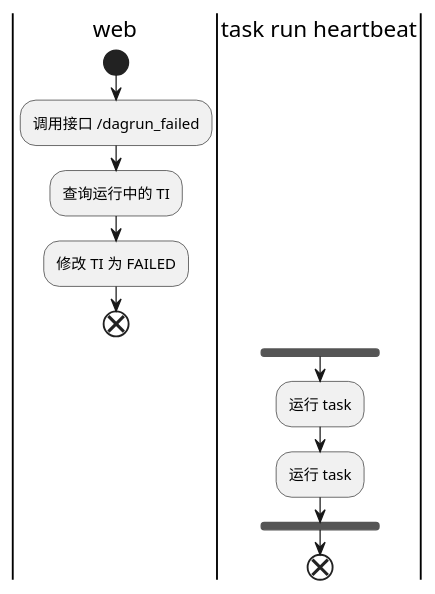
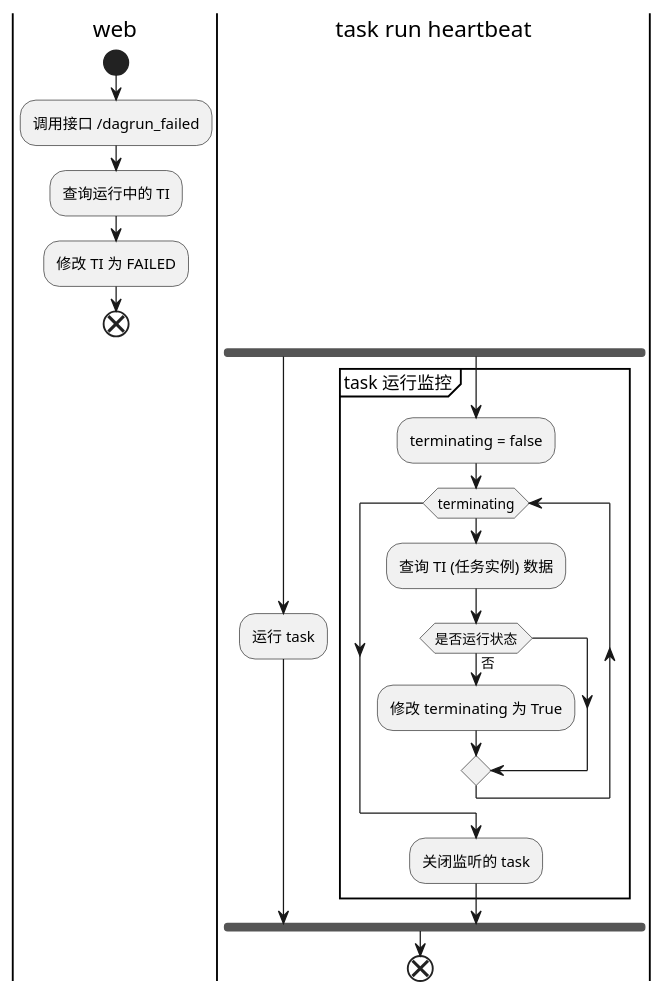
The diagram in language/python/airflow/kill_task.md (MyBlackHole/MyBlackHole), drawn with PlantUML before and after one commit. The commit also changed 7 other files, not shown here.

````diff
--- a/language/python/airflow/kill_task.md
+++ b/language/python/airflow/kill_task.md
@@ -5,16 +5,27 @@
 ```plantuml
 @startuml
 |web|
 start
 :调用接口 /dagrun_failed;
 :查询运行中的 TI;
 :修改 TI 为 FAILED;
 end
 |task run heartbeat|
 fork
-:运行 task;
-:运行 task;
+    :运行 task;
+fork again
+    partition "task 运行监控" {
+        :terminating = false;
+        while (terminating)
+            :查询 TI (任务实例) 数据;
+            if (是否运行状态) then (否)
+                :修改 terminating 为 True;
+            endif
+        endwhile
+        :关闭监听的 task;
+        
+    }
 endfork
 end
 @enduml
 ```
````
